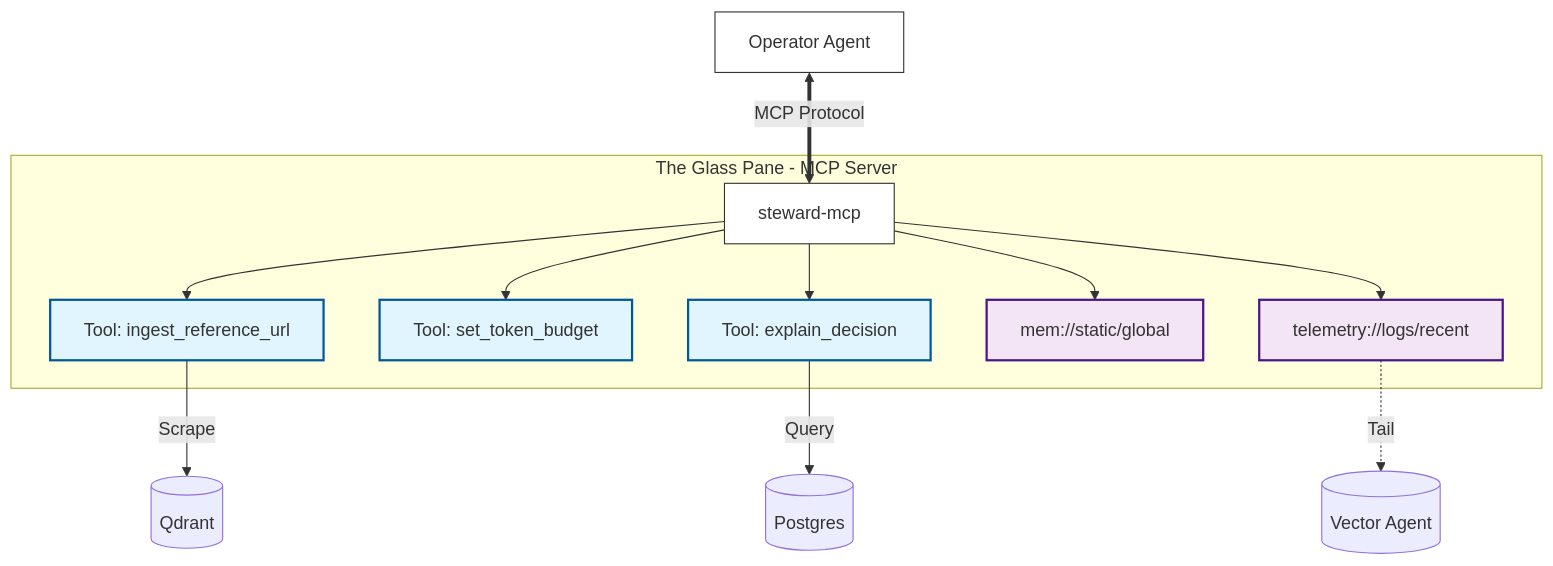
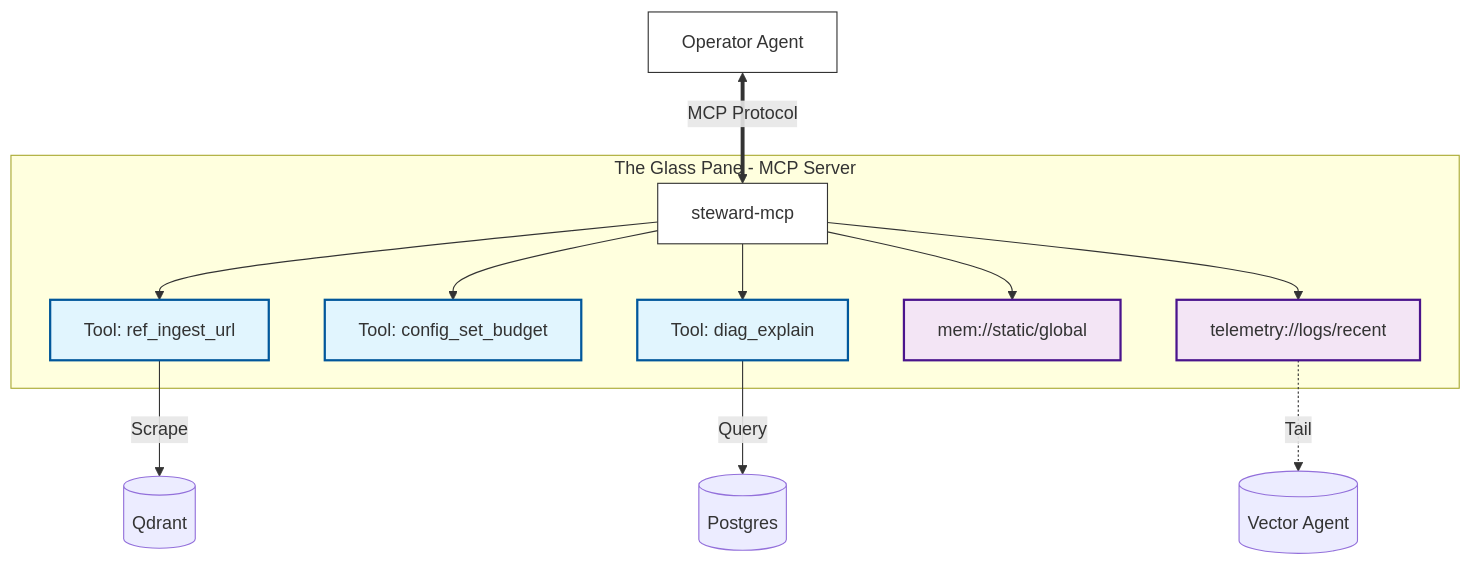
The third of 3 diagrams in docs/WHITEPAPER.md (homel-dev/memory-steward), drawn with Mermaid before and after one commit. The commit also changed 10 other files, not shown here.

````diff
--- a/docs/WHITEPAPER.md
+++ b/docs/WHITEPAPER.md
@@ -157,32 +157,32 @@
 ```mermaid
 graph TD
     Operator[Operator Agent]
 
     subgraph "The Glass Pane - MCP Server"
         MCP[steward-mcp]
-        T1[Tool: ingest_reference_url]
-        T2[Tool: set_token_budget]
-        T3[Tool: explain_decision]
+        T1[Tool: ref_ingest_url]
+        T2[Tool: config_set_budget]
+        T3[Tool: diag_explain]
         R1[mem://static/global]
         R2[telemetry://logs/recent]
     end
 
     classDef plain fill:#ffffff,stroke:#333333,stroke-width:1px;
     classDef tool fill:#e1f5fe,stroke:#01579b,stroke-width:2px;
     classDef res fill:#f3e5f5,stroke:#4a148c,stroke-width:2px;
 
     class Operator,MCP plain;
     class T1,T2,T3 tool;
     class R1,R2 res;
 
     Operator <==>|MCP Protocol| MCP
     MCP --> T1
     MCP --> T2
     MCP --> T3
     MCP --> R1
     MCP --> R2
 
     T1 -->|Scrape| Qdrant[(Qdrant)]
     T3 -->|Query| Postgres[(Postgres)]
     R2 -.->|Tail| Logs[(Vector Agent)]
 ```
````
